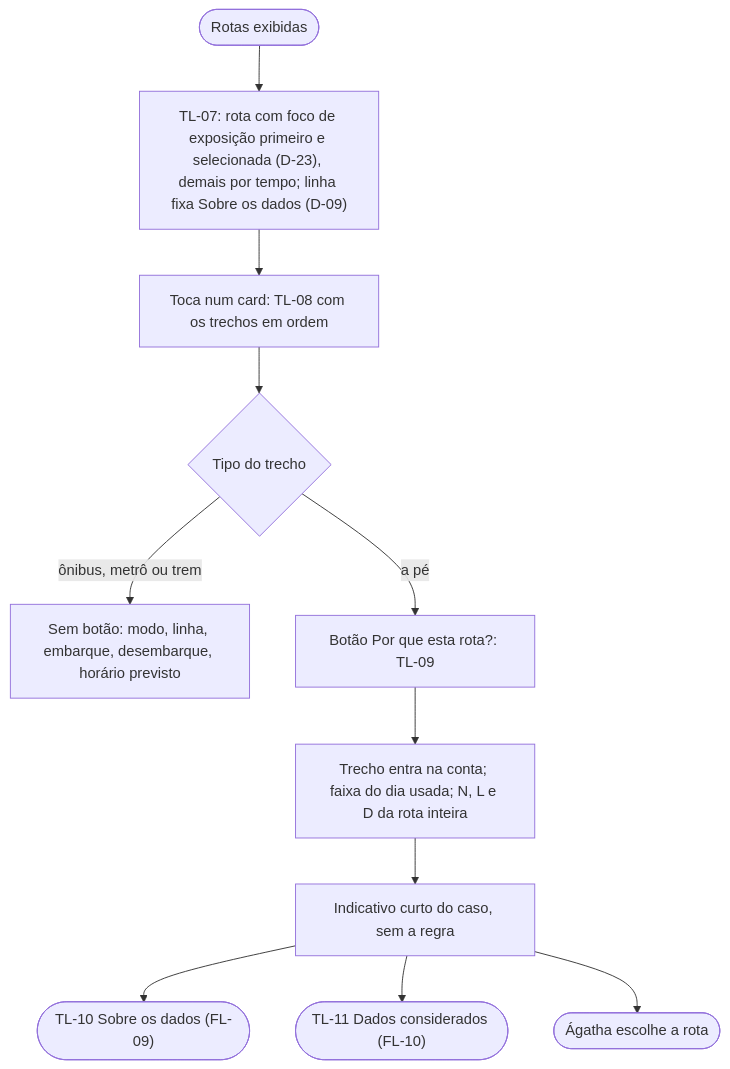
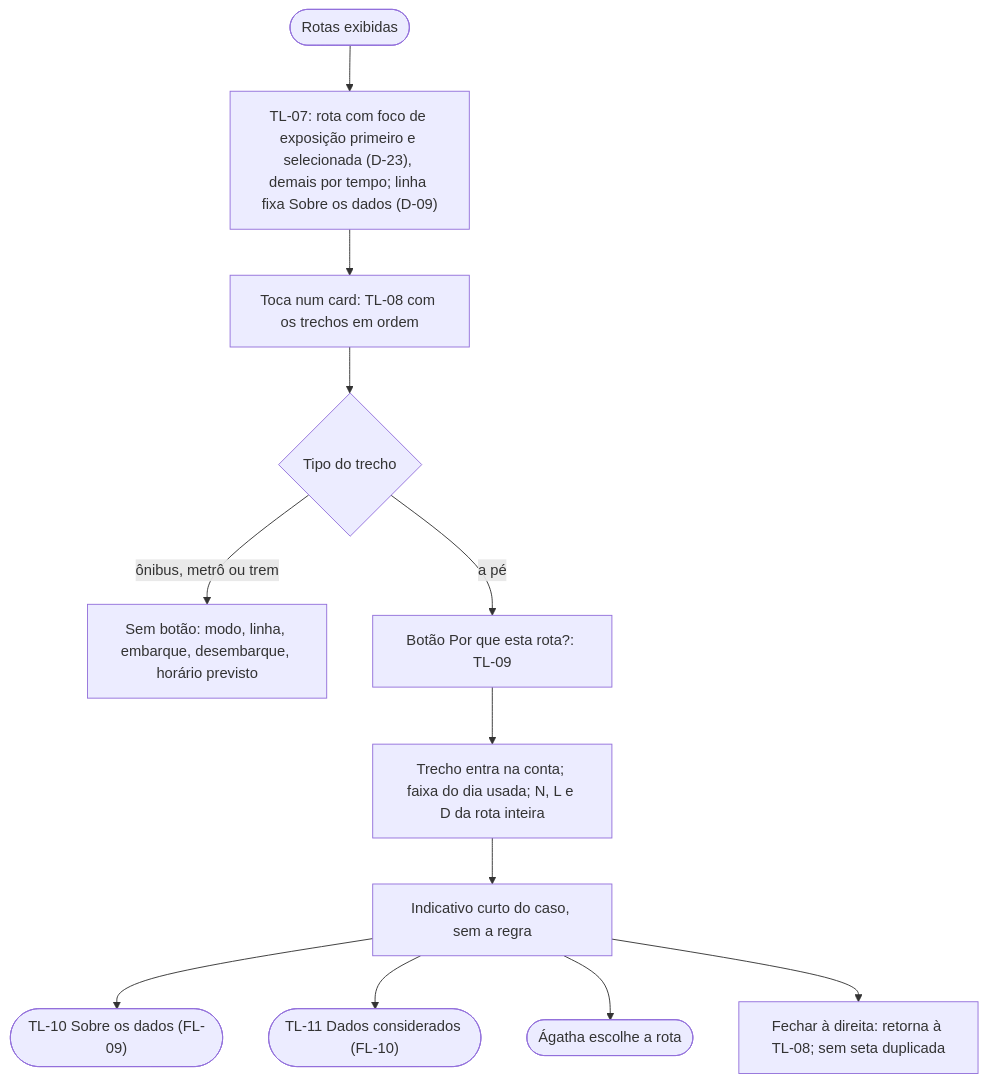
Before and after one commit to VoltaSegura/voltasegura: the third of 3 diagrams in docs/app-map/03_fluxogramas/FL-07_comparacao.md, drawn with Mermaid. The commit also changed other lines of this file and 134 other files, not shown here.

````diff
--- a/docs/app-map/03_fluxogramas/FL-07_comparacao.md
+++ b/docs/app-map/03_fluxogramas/FL-07_comparacao.md
@@ -51,13 +57,14 @@
 ```mermaid
 flowchart TD
     R(["Rotas exibidas"]) --> CARDS["TL-07: rota com foco de exposição primeiro e selecionada (D-23), demais por tempo; linha fixa Sobre os dados (D-09)"]
     CARDS --> CARD["Toca num card: TL-08 com os trechos em ordem"]
     CARD --> TIPO{"Tipo do trecho"}
     TIPO -- "ônibus, metrô ou trem" --> SEMB["Sem botão: modo, linha, embarque, desembarque, horário previsto"]
     TIPO -- "a pé" --> PQ["Botão Por que esta rota?: TL-09"]
     PQ --> PE["Trecho entra na conta; faixa do dia usada; N, L e D da rota inteira"]
     PE --> IND["Indicativo curto do caso, sem a regra"]
     IND --> SOB(["TL-10 Sobre os dados (FL-09)"])
     IND --> DET(["TL-11 Dados considerados (FL-10)"])
     IND --> ESC(["Ágatha escolhe a rota"])
+    IND --> FECHAR["Fechar à direita: retorna à TL-08; sem seta duplicada"]
 ```
````
